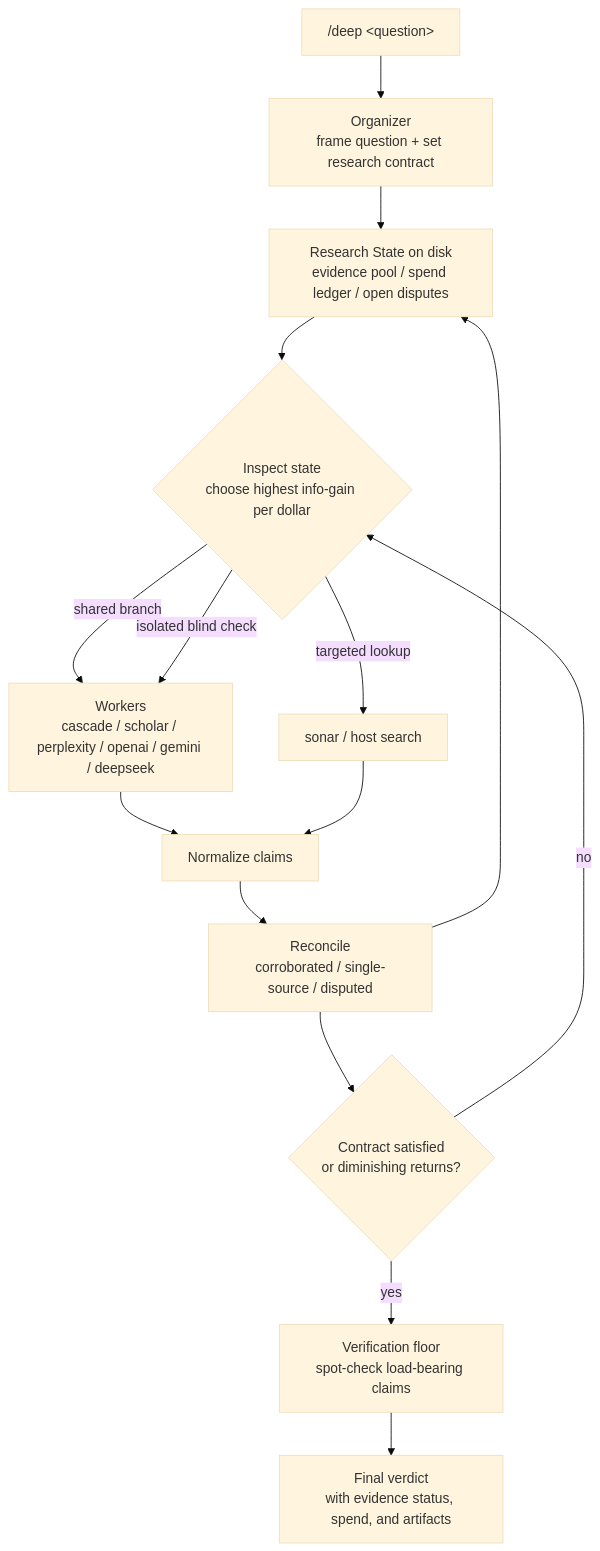
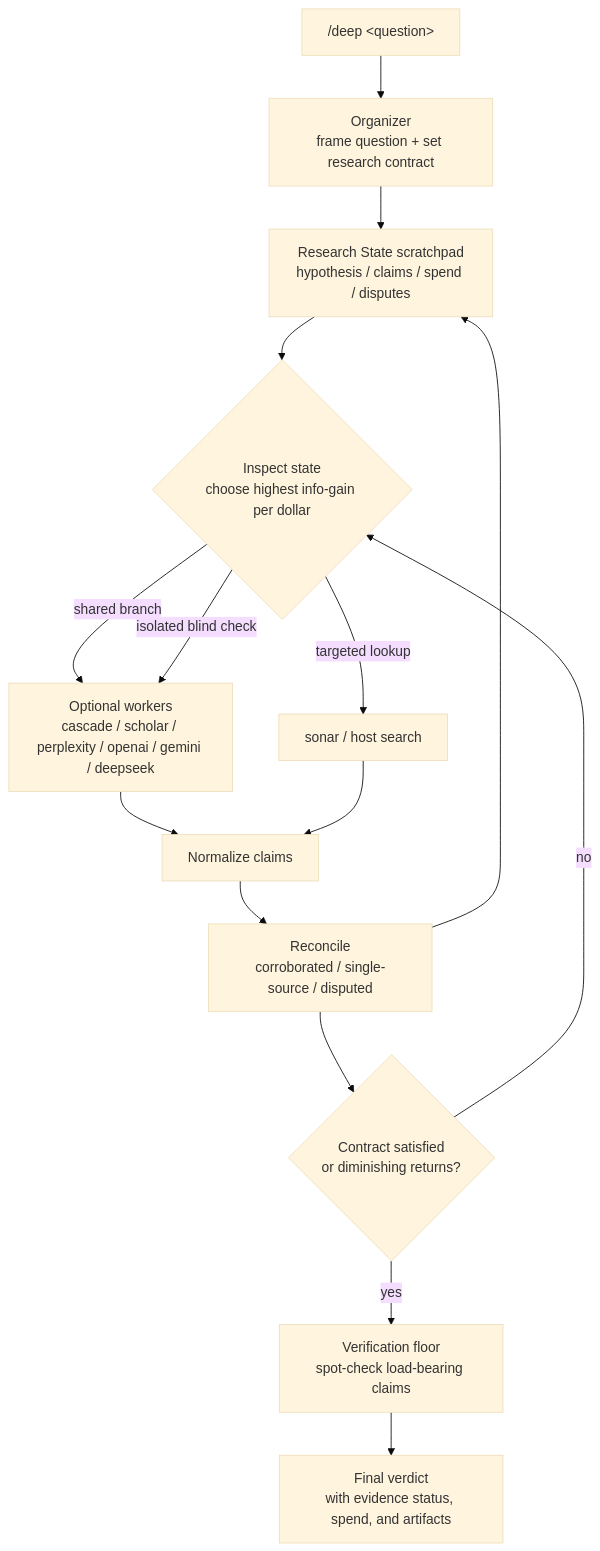
One commit to jechiu16/claude-research-cascade changed the diagram in README.md. Above: the diagram before and after it, drawn with Mermaid (base theme). The commit also changed other lines of this file and 2 other files, not shown here.

````diff
--- a/README.md
+++ b/README.md
@@ -40,17 +40,17 @@
 ```mermaid
 flowchart TD
     A["/deep &lt;question&gt;"] --> B["Organizer<br/>frame question + set research contract"]
-    B --> S["Research State on disk<br/>evidence pool / spend ledger / open disputes"]
+    B --> S["Research State scratchpad<br/>hypothesis / claims / spend / disputes"]
     S --> L{"Inspect state<br/>choose highest info-gain per dollar"}
-    L -- "shared branch" --> W["Workers<br/>cascade / scholar / perplexity / openai / gemini / deepseek"]
+    L -- "shared branch" --> W["Optional workers<br/>cascade / scholar / perplexity / openai / gemini / deepseek"]
     L -- "isolated blind check" --> W
     L -- "targeted lookup" --> P["sonar / host search"]
     W --> N["Normalize claims"]
     P --> N
     N --> R["Reconcile<br/>corroborated / single-source / disputed"]
     R --> S
     R --> T{"Contract satisfied<br/>or diminishing returns?"}
     T -- "no" --> L
     T -- "yes" --> V["Verification floor<br/>spot-check load-bearing claims"]
     V --> D["Final verdict<br/>with evidence status, spend, and artifacts"]
 ```
````
